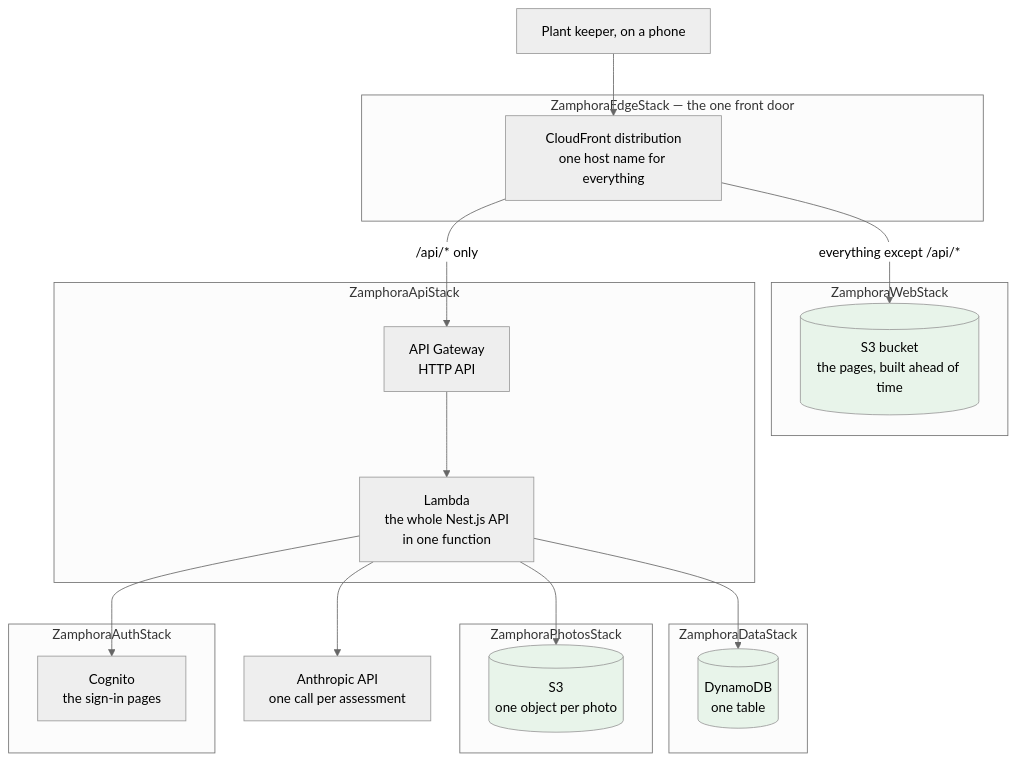
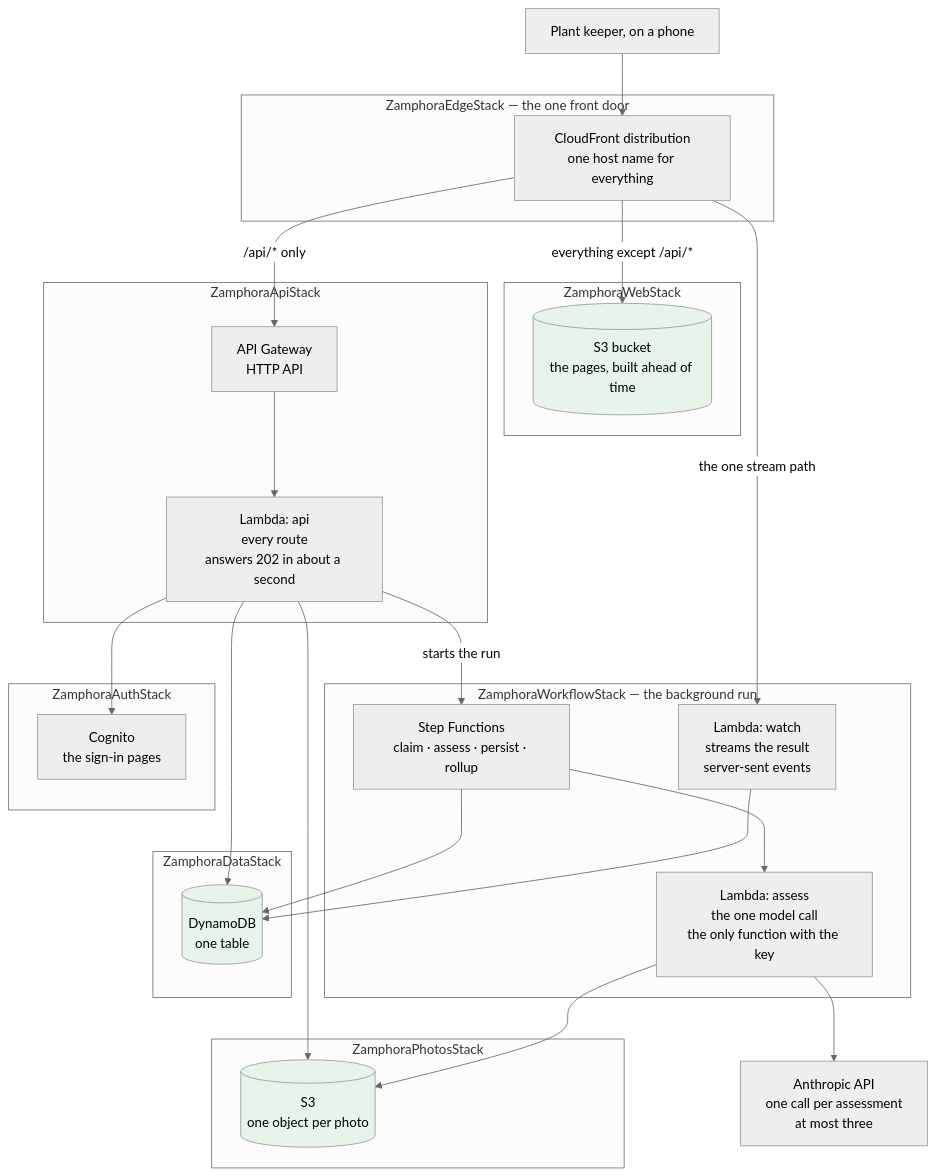
Before and after one commit to poszetkristof/zamphora: the first of 12 diagrams in docs/learn/aws-and-the-pipeline.md, drawn with Mermaid (neutral theme). The commit also changed other lines of this file and 52 other files, not shown here.

Commit message:
run 1: sync all docs, architectural decision changes for infra, changes in 900-infra docs

````diff
--- a/docs/learn/aws-and-the-pipeline.md
+++ b/docs/learn/aws-and-the-pipeline.md
@@ -107,39 +114,51 @@
 ```mermaid
 flowchart TD
     U["Plant keeper, on a phone"] --> CF
 
     subgraph EDGE ["ZamphoraEdgeStack — the one front door"]
         CF["CloudFront distribution<br/>one host name for everything"]
     end
 
     subgraph WEBS ["ZamphoraWebStack"]
         WEB[("S3 bucket<br/>the pages, built ahead of time")]
     end
 
     subgraph APIS ["ZamphoraApiStack"]
-        GW["API Gateway<br/>HTTP API"] --> FN["Lambda<br/>the whole Nest.js API<br/>in one function"]
+        GW["API Gateway<br/>HTTP API"] --> FN["Lambda: api<br/>every route<br/>answers 202 in about a second"]
+    end
+
+    subgraph WF ["ZamphoraWorkflowStack — the background run"]
+        SM["Step Functions<br/>claim · assess · persist · rollup"]
+        AS["Lambda: assess<br/>the one model call<br/>the only function with the key"]
+        WA["Lambda: watch<br/>streams the result<br/>server-sent events"]
+        SM --> AS
     end
 
     subgraph DATA ["ZamphoraDataStack"]
         DDB[("DynamoDB<br/>one table")]
     end
 
     subgraph PHOTOS ["ZamphoraPhotosStack"]
         PH[("S3<br/>one object per photo")]
     end
 
     subgraph AUTH ["ZamphoraAuthStack"]
         COG["Cognito<br/>the sign-in pages"]
     end
 
     CF -->|"everything except /api/*"| WEB
     CF -->|"/api/* only"| GW
+    CF -->|"the one stream path"| WA
+    FN -->|"starts the run"| SM
     FN --> DDB
     FN --> PH
     FN --> COG
-    FN --> ANT["Anthropic API<br/>one call per assessment"]
+    SM --> DDB
+    AS --> PH
+    WA --> DDB
+    AS --> ANT["Anthropic API<br/>one call per assessment<br/>at most three"]
 
     style WEB fill:#e8f4ea
     style DDB fill:#e8f4ea
     style PH fill:#e8f4ea
 ```
````
